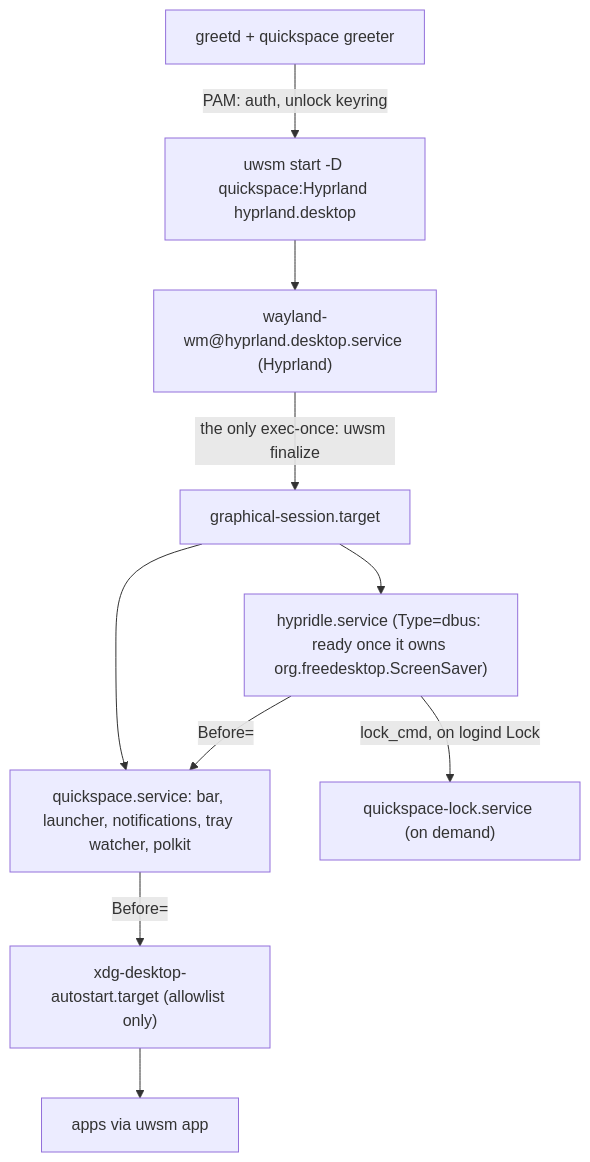
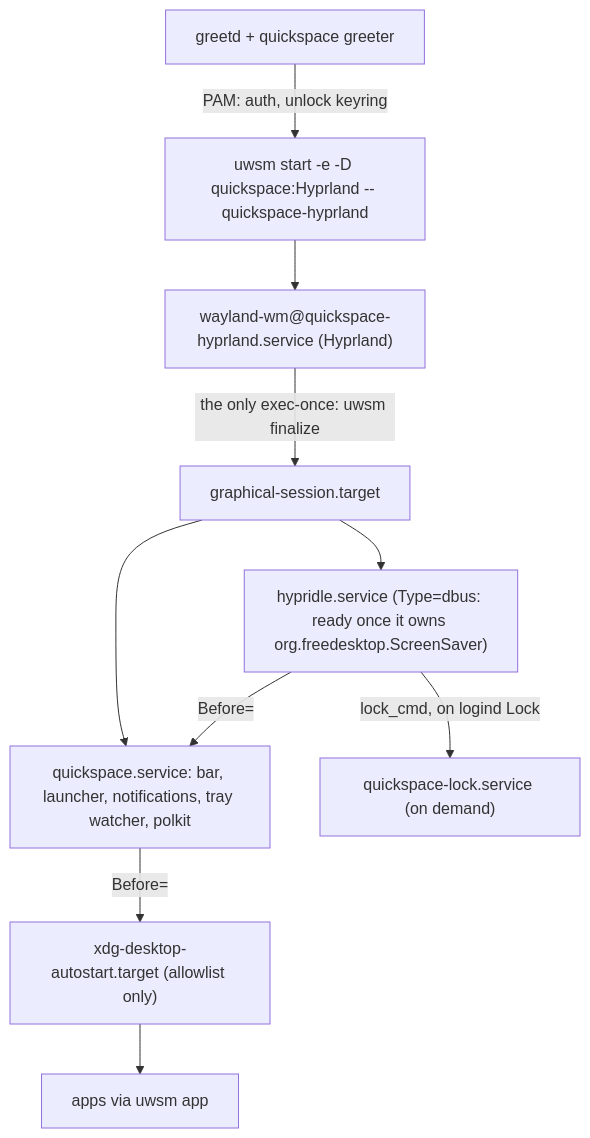
Before and after one commit to mikelward/quickspace: the diagram in SPEC.md, drawn with Mermaid. The commit also changed other lines of this file and 8 other files, not shown here.

````diff
--- a/SPEC.md
+++ b/SPEC.md
@@ -325,12 +325,12 @@
 ```mermaid
 flowchart TD
-  G[greetd + quickspace greeter] -->|PAM: auth, unlock keyring| U["uwsm start -D quickspace:Hyprland hyprland.desktop"]
-  U --> W["wayland-wm@hyprland.desktop.service (Hyprland)"]
+  G[greetd + quickspace greeter] -->|PAM: auth, unlock keyring| U["uwsm start -e -D quickspace:Hyprland -- quickspace-hyprland"]
+  U --> W["wayland-wm@quickspace-hyprland.service (Hyprland)"]
   W -->|"the only exec-once: uwsm finalize"| GS[graphical-session.target]
   GS --> Q["quickspace.service: bar, launcher, notifications, tray watcher, polkit"]
   GS --> I["hypridle.service (Type=dbus: ready once it owns org.freedesktop.ScreenSaver)"]
   I -->|"lock_cmd, on logind Lock"| L["quickspace-lock.service (on demand)"]
   I -->|Before=| Q
   Q -->|Before=| A["xdg-desktop-autostart.target (allowlist only)"]
   A --> APPS[apps via uwsm app]
 ```
````
